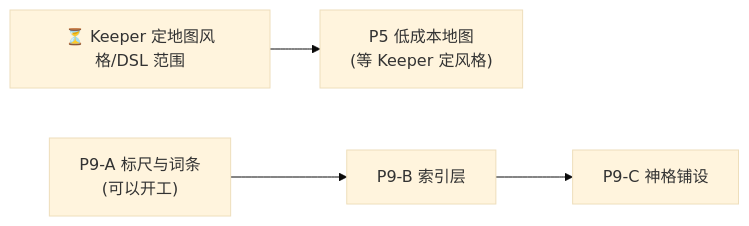
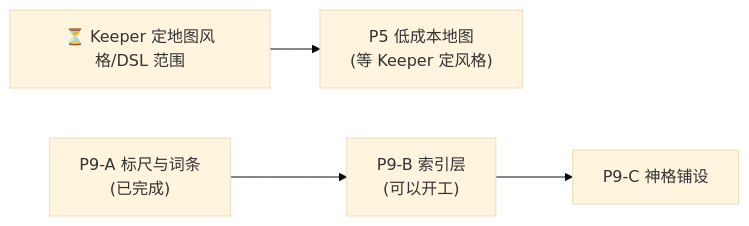
The diagram in update_plan/README.md (Mzihong/coc-keeper-kit), drawn with Mermaid (base theme) before and after one commit. The commit also changed other lines of this file and 16 other files, not shown here.

````diff
--- a/update_plan/README.md
+++ b/update_plan/README.md
@@ -25,11 +25,11 @@
 ```mermaid
 graph LR
     P5["P5 低成本地图<br/>(等 Keeper 定风格)"]
-    P9A["P9-A 标尺与词条<br/>(可以开工)"]
-    P9B["P9-B 索引层"]
+    P9A["P9-A 标尺与词条<br/>(已完成)"]
+    P9B["P9-B 索引层<br/>(可以开工)"]
     P9C["P9-C 神格铺设"]
     KeeperMap["⏳ Keeper 定地图风格/DSL 范围"]
 
     KeeperMap --> P5
     P9A --> P9B --> P9C
 ```
````
